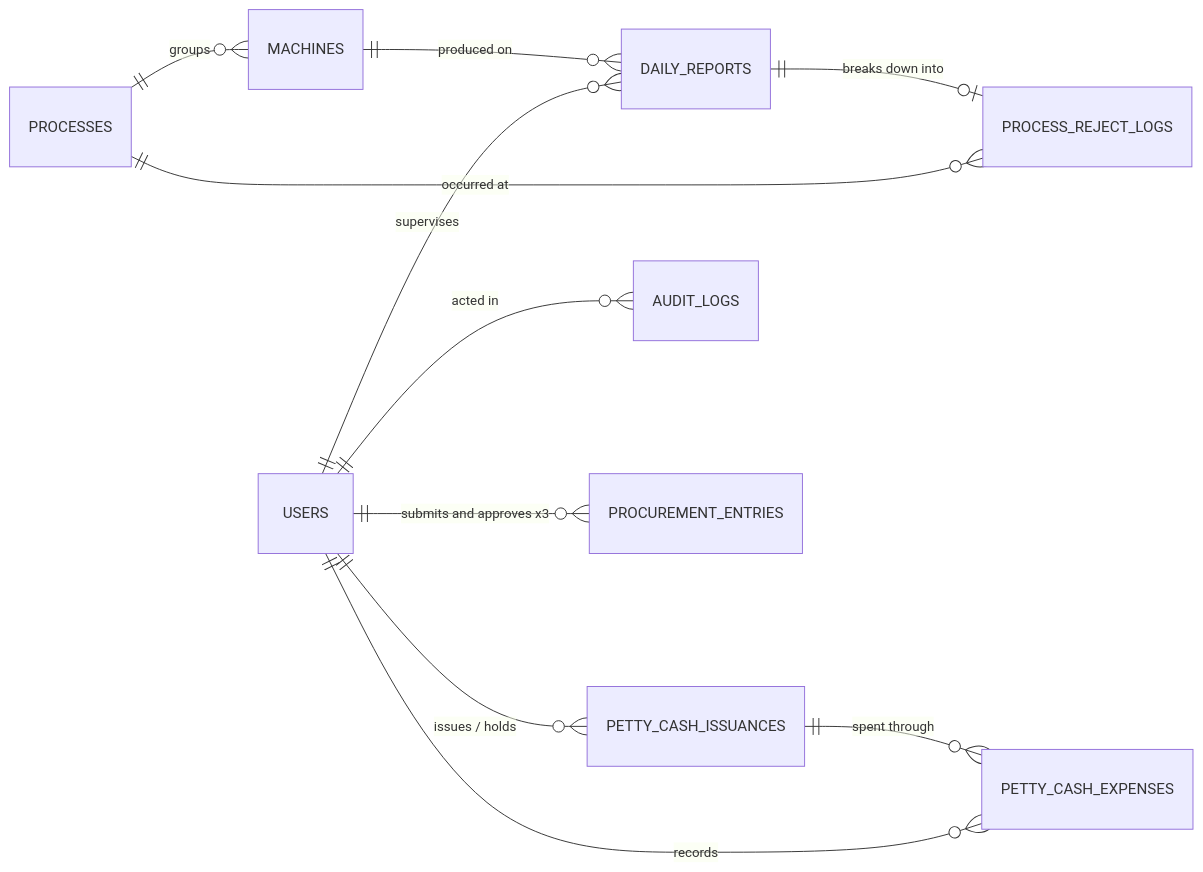
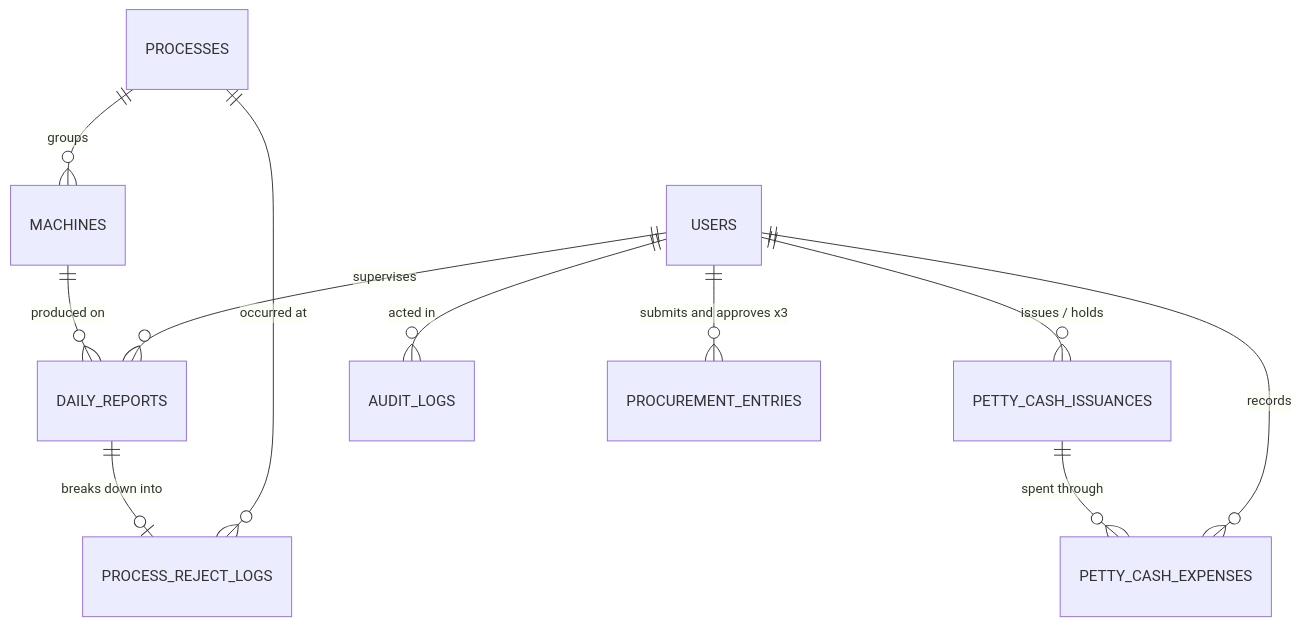
Before and after one commit to yohan-sudo/epms-local: the second of 2 diagrams in docs/03-entity-relationship-diagram.md, drawn with Mermaid. The commit also changed other lines of this file and 62 other files, not shown here.

First line of the commit message:
Remove role switcher, enforce uppercase names, make docs pure portable Mermaid

````diff
--- a/docs/03-entity-relationship-diagram.md
+++ b/docs/03-entity-relationship-diagram.md
@@ -170,17 +170,15 @@
 ```mermaid
 erDiagram
-    direction LR
-
     PROCESSES ||--o{ MACHINES : "groups"
     MACHINES ||--o{ DAILY_REPORTS : "produced on"
     DAILY_REPORTS ||--o| PROCESS_REJECT_LOGS : "breaks down into"
     PROCESSES ||--o{ PROCESS_REJECT_LOGS : "occurred at"
 
     PETTY_CASH_ISSUANCES ||--o{ PETTY_CASH_EXPENSES : "spent through"
 
     USERS ||--o{ AUDIT_LOGS : "acted in"
     USERS ||--o{ PROCUREMENT_ENTRIES : "submits and approves x3"
     USERS ||--o{ DAILY_REPORTS : "supervises"
     USERS ||--o{ PETTY_CASH_ISSUANCES : "issues / holds"
     USERS ||--o{ PETTY_CASH_EXPENSES : "records"
 ```
````
